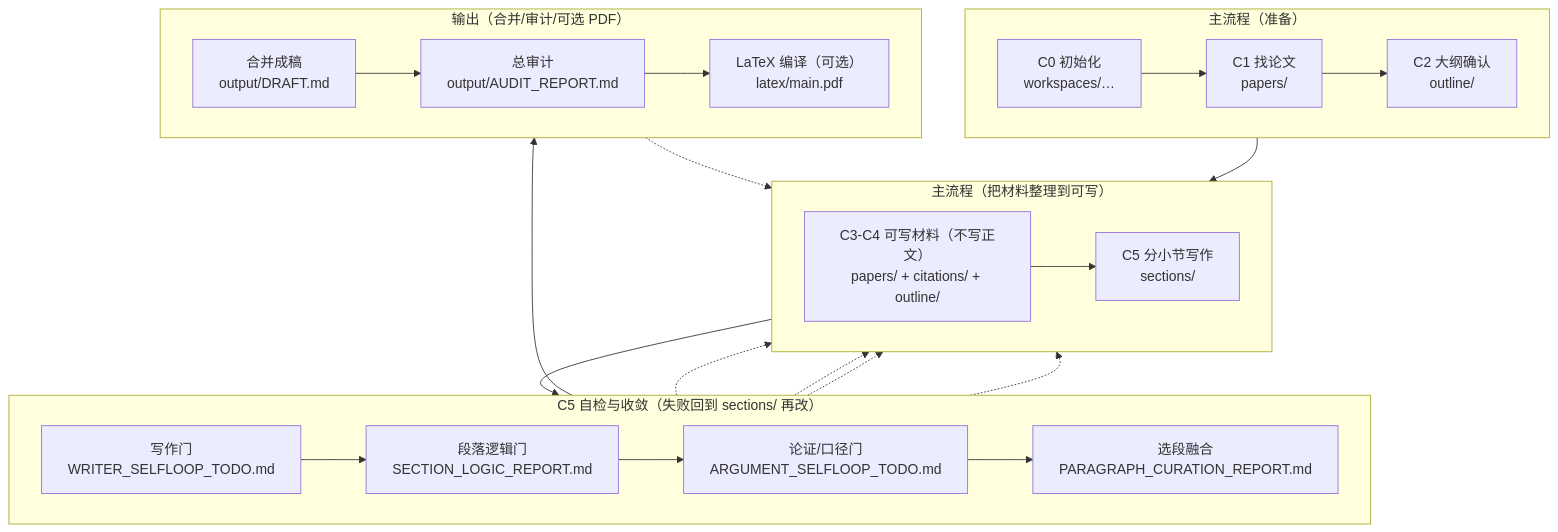
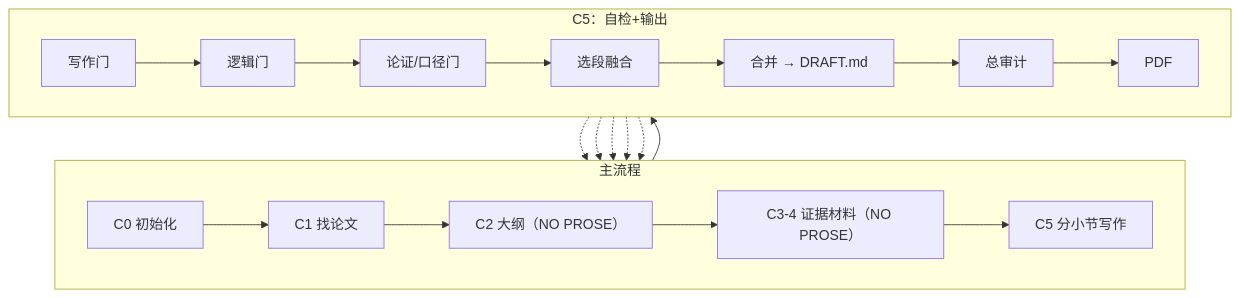
Before and after one commit to WILLOSCAR/research-units-pipeline: the diagram in README.md, drawn with Mermaid. The commit also changed 1 other file, not shown here.

Commit message:
Refactor flowchart in README documentation for improved clarity and structure
- Update the flowchart in both README.en.md and README.md to consolidate the main workflow into a more streamlined format, enhancing readability.
- Simplify the gates in the C5 loop section, ensuring a clearer representation of the writing and review process.
- Maintain consistency in terminology across both language versions to facilitate user understanding.

````diff
--- a/README.md
+++ b/README.md
@@ -197,36 +197,20 @@
 ```mermaid
 flowchart TB
-  subgraph MAIN1["主流程（准备）"]
+  subgraph TOP["主流程"]
     direction LR
-    WS["C0 初始化<br/>workspaces/…"] --> P["C1 找论文<br/>papers/"] --> O["C2 大纲确认<br/>outline/"]
+    WS["C0 初始化"] --> P["C1 找论文"] --> O["C2 大纲（NO PROSE）"] --> E["C3-4 证据材料（NO PROSE）"] --> S["C5 分小节写作"]
   end
 
-  subgraph MAIN2["主流程（把材料整理到可写）"]
+  subgraph BOT["C5：自检+输出"]
     direction LR
-    E["C3-C4 可写材料（不写正文）<br/>papers/ + citations/ + outline/"] --> S["C5 分小节写作<br/>sections/"]
-  end
-
-  O --> E
-
-  subgraph LOOP["C5 自检与收敛（失败回到 sections/ 再改）"]
-    direction LR
-    G1["写作门<br/>WRITER_SELFLOOP_TODO.md"]
-    G2["段落逻辑门<br/>SECTION_LOGIC_REPORT.md"]
-    G3["论证/口径门<br/>ARGUMENT_SELFLOOP_TODO.md"]
-    G4["选段融合<br/>PARAGRAPH_CURATION_REPORT.md"]
-    G1 --> G2 --> G3 --> G4
+    G1["写作门"] --> G2["逻辑门"] --> G3["论证/口径门"] --> G4["选段融合"]
+    G4 --> D["合并 → DRAFT.md"] --> A["总审计"] --> TEX["PDF"]
   end
 
   S --> G1
   G1 -.-> S
   G2 -.-> S
   G3 -.-> S
   G4 -.-> S
-
-  subgraph OUT["输出（合并/审计/可选 PDF）"]
-    direction LR
-    D["合并成稿<br/>output/DRAFT.md"] --> A["总审计<br/>output/AUDIT_REPORT.md"] --> TEX["LaTeX 编译（可选）<br/>latex/main.pdf"]
-  end
-  G4 --> D
   A -.-> S
 ```
````
